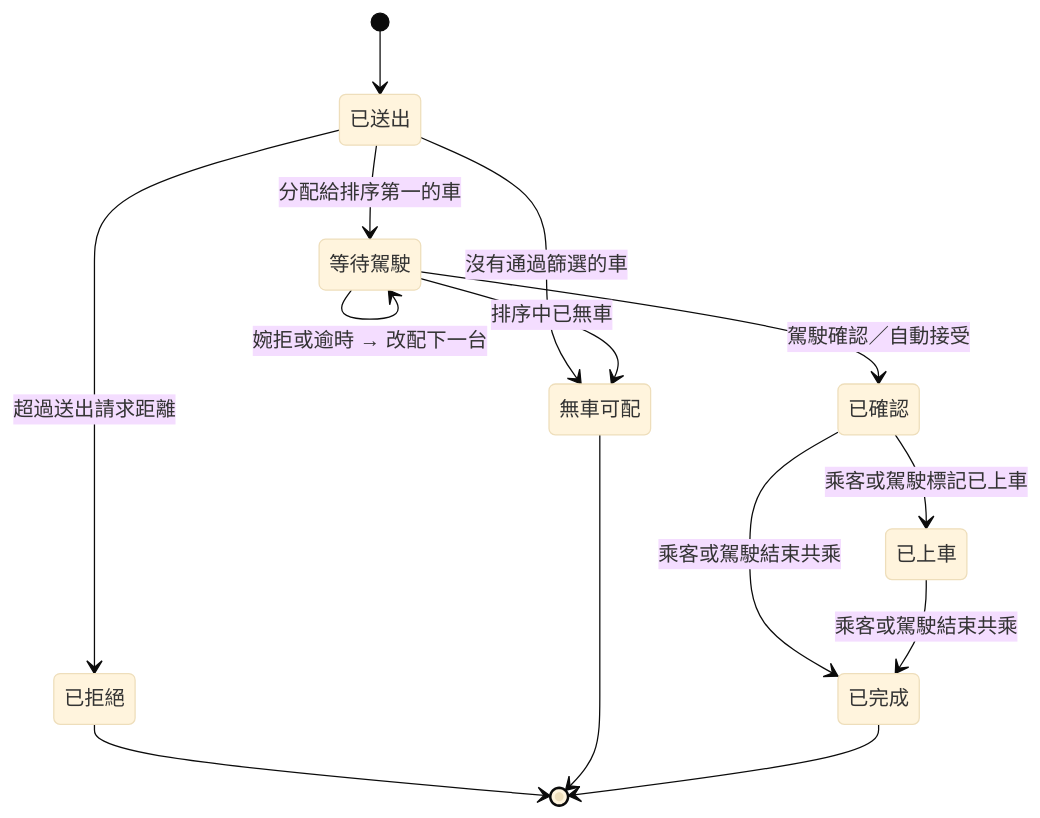
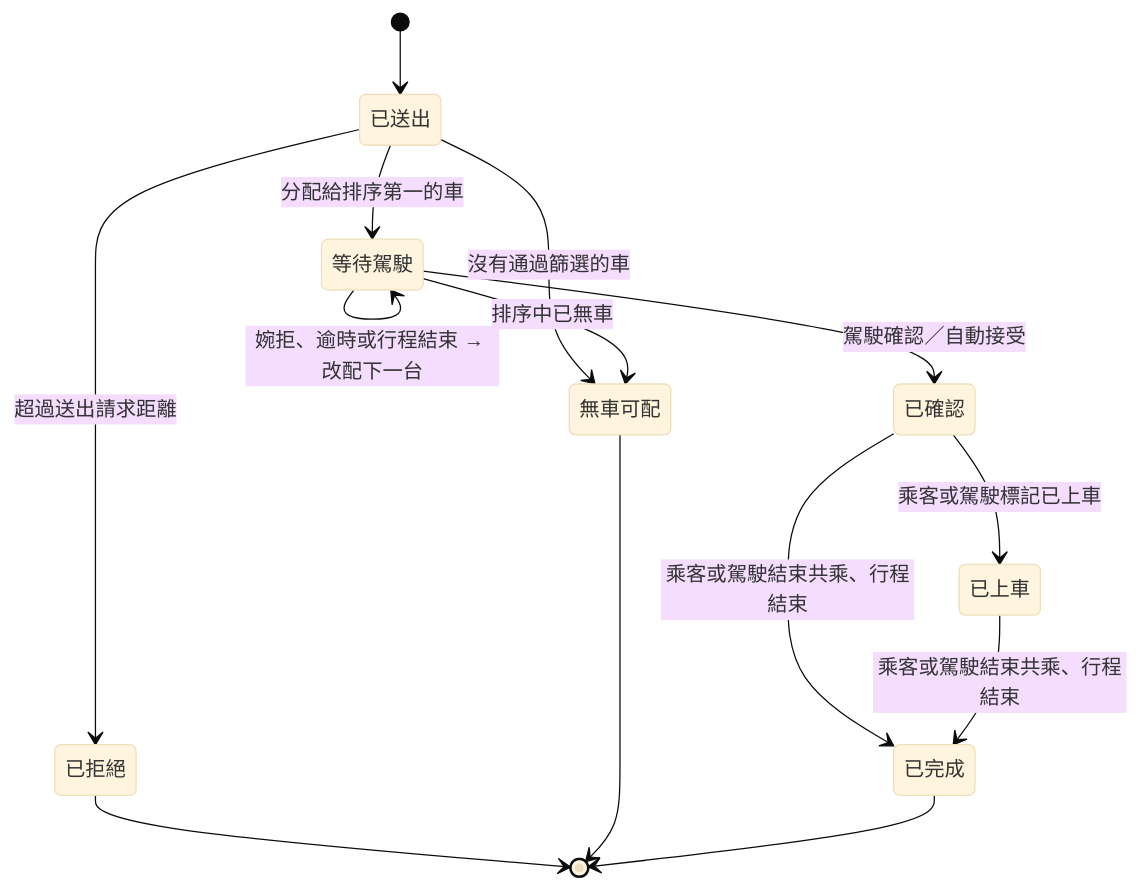
The eighth of 13 diagrams in docs/design.md (sohoffice/debugthon-carpool), drawn with Mermaid (base theme) before and after one commit. The commit also changed other lines of this file and 1 other file, not shown here.

````diff
--- a/docs/design.md
+++ b/docs/design.md
@@ -814,16 +877,16 @@
 ```mermaid
 stateDiagram-v2
     [*] --> 已送出
     已送出 --> 已拒絕: 超過送出請求距離
     已送出 --> 等待駕駛: 分配給排序第一的車
     已送出 --> 無車可配: 沒有通過篩選的車
     等待駕駛 --> 已確認: 駕駛確認／自動接受
-    等待駕駛 --> 等待駕駛: 婉拒或逾時 → 改配下一台
+    等待駕駛 --> 等待駕駛: 婉拒、逾時或行程結束 → 改配下一台
     等待駕駛 --> 無車可配: 排序中已無車
     已確認 --> 已上車: 乘客或駕駛標記已上車
-    已確認 --> 已完成: 乘客或駕駛結束共乘
-    已上車 --> 已完成: 乘客或駕駛結束共乘
+    已確認 --> 已完成: 乘客或駕駛結束共乘、行程結束
+    已上車 --> 已完成: 乘客或駕駛結束共乘、行程結束
     已拒絕 --> [*]
     無車可配 --> [*]
     已完成 --> [*]
 ```
````
